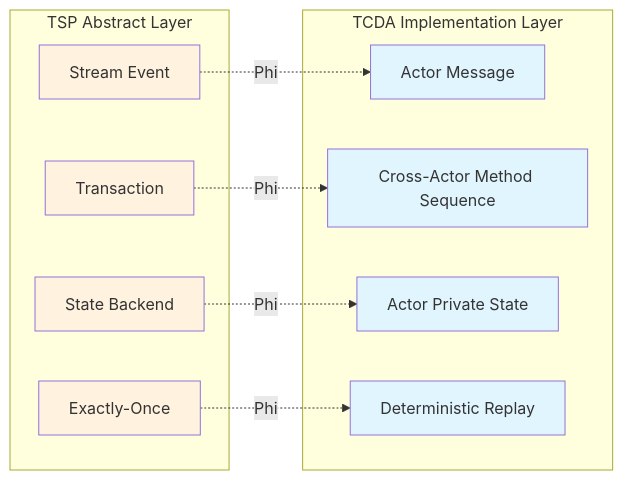
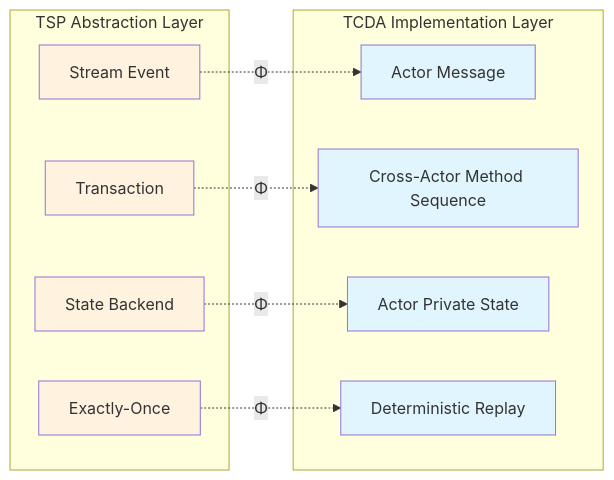
One commit to AdaMartin18010/AnalysisDataFlow changed the fourth of 4 diagrams in i18n/en/Struct/06-frontier/06.10-transactional-cloud-dataflow-actor-en.md. Above: the diagram before and after it, drawn with Mermaid. The commit also changed other lines of this file and 80 other files, not shown here.

````diff
--- a/i18n/en/Struct/06-frontier/06.10-transactional-cloud-dataflow-actor-en.md
+++ b/i18n/en/Struct/06-frontier/06.10-transactional-cloud-dataflow-actor-en.md
@@ -563,30 +569,30 @@
 ```mermaid
 graph LR
-    subgraph "TSP Abstract Layer"
+    subgraph "TSP Abstraction Layer"
         TSP1[Stream Event]
         TSP2[Transaction]
         TSP3[State Backend]
         TSP4[Exactly-Once]
     end
 
     subgraph "TCDA Implementation Layer"
         TCDA1[Actor Message]
         TCDA2[Cross-Actor Method Sequence]
         TCDA3[Actor Private State]
         TCDA4[Deterministic Replay]
     end
 
-    TSP1 -.->|Phi| TCDA1
-    TSP2 -.->|Phi| TCDA2
-    TSP3 -.->|Phi| TCDA3
-    TSP4 -.->|Phi| TCDA4
+    TSP1 -.->|Φ| TCDA1
+    TSP2 -.->|Φ| TCDA2
+    TSP3 -.->|Φ| TCDA3
+    TSP4 -.->|Φ| TCDA4
 
     style TSP1 fill:#fff3e0
     style TSP2 fill:#fff3e0
     style TSP3 fill:#fff3e0
     style TSP4 fill:#fff3e0
     style TCDA1 fill:#e1f5fe
     style TCDA2 fill:#e1f5fe
     style TCDA3 fill:#e1f5fe
     style TCDA4 fill:#e1f5fe
 ```
````
